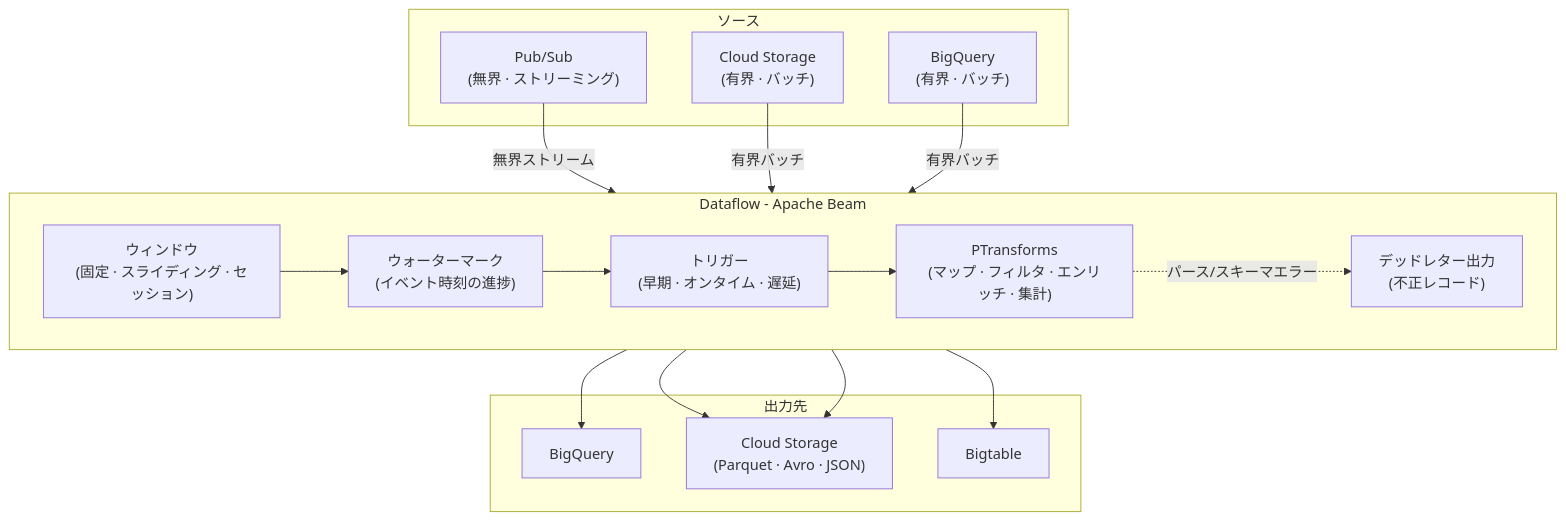
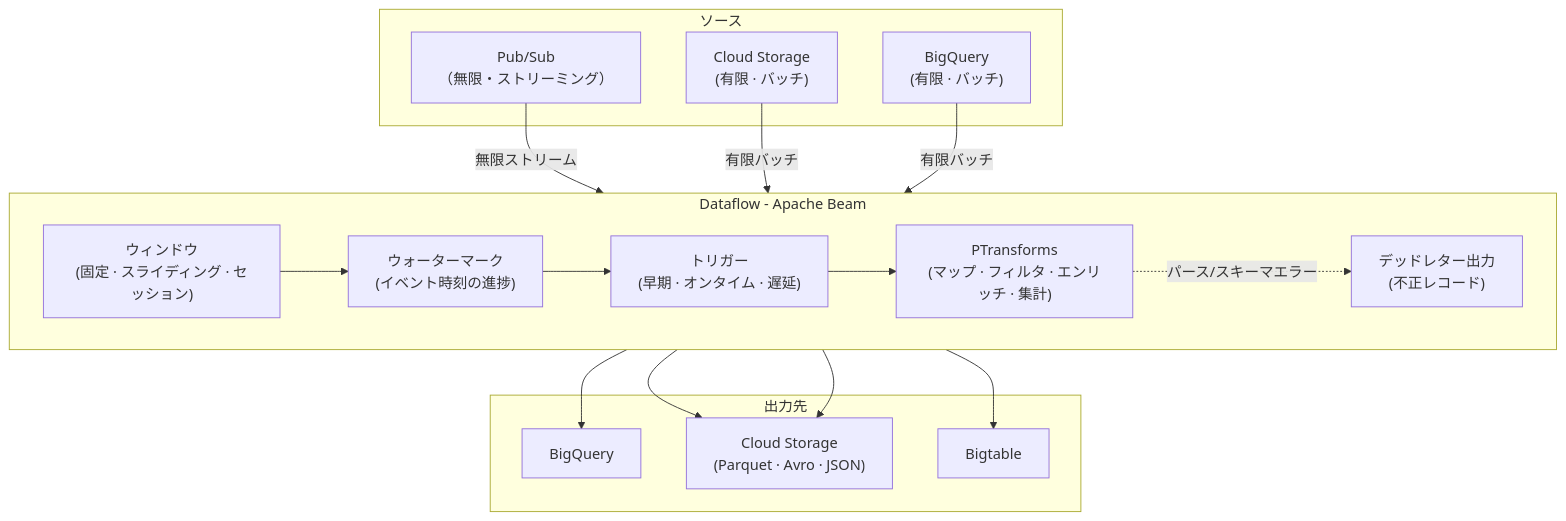
The diagram in content/Processing/Dataflow.md (Maskish86/gcp-pde-exam-guide-ja), drawn with Mermaid before and after one commit. The commit also changed 3 other files, not shown here.

````diff
--- a/content/Processing/Dataflow.md
+++ b/content/Processing/Dataflow.md
@@ -44,37 +44,37 @@
 ```mermaid
 flowchart TB
 
 subgraph SRC["ソース"]
-    PS["Pub/Sub<br/>(無界 · ストリーミング)"]
-    GCS["Cloud Storage<br/>(有界 · バッチ)"]
-    BQ_IN["BigQuery<br/>(有界 · バッチ)"]
+    PS["Pub/Sub<br/>（無限・ストリーミング）"]
+    GCS["Cloud Storage<br/>(有限 · バッチ)"]
+    BQ_IN["BigQuery<br/>(有限 · バッチ)"]
 end
 
 subgraph DF["Dataflow - Apache Beam"]
     direction LR
     WIN["ウィンドウ<br/>(固定 · スライディング · セッション)"]
     WM["ウォーターマーク<br/>(イベント時刻の進捗)"]
     TRG["トリガー<br/>(早期 · オンタイム · 遅延)"]
     TR["PTransforms<br/>(マップ · フィルタ · エンリッチ · 集計)"]
     DLQ["デッドレター出力<br/>(不正レコード)"]
     WIN --> WM
     WM --> TRG
     TRG --> TR
     TR -.->|パース/スキーマエラー| DLQ
 end
 
 subgraph SNK["出力先"]
     BQ_OUT[BigQuery]
     GCS_OUT["Cloud Storage<br/>(Parquet · Avro · JSON)"]
     BT[Bigtable]
 end
 
-PS -->|無界ストリーム| WIN
-GCS -->|有界バッチ| TR
-BQ_IN -->|有界バッチ| TR
+PS -->|無限ストリーム| WIN
+GCS -->|有限バッチ| TR
+BQ_IN -->|有限バッチ| TR
 
 TR --> BQ_OUT
 TR --> GCS_OUT
 TR --> BT
 DLQ --> GCS_OUT
 ```
````
